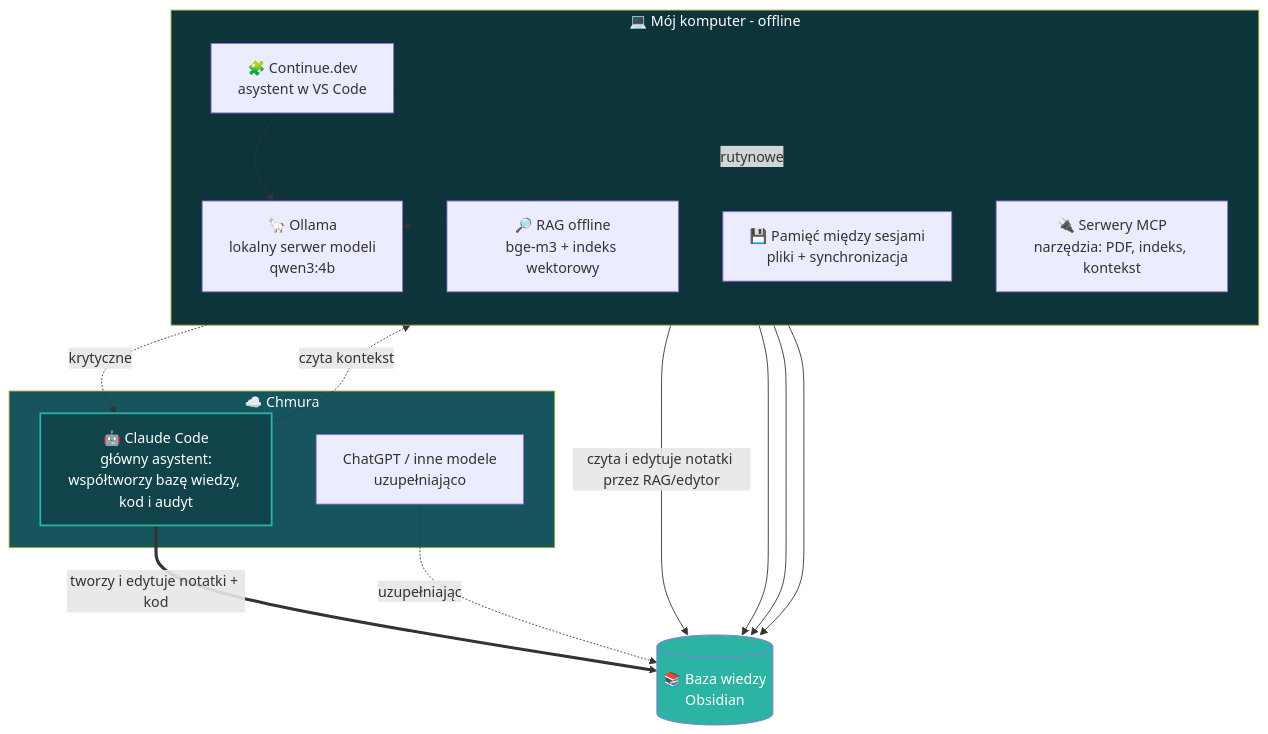
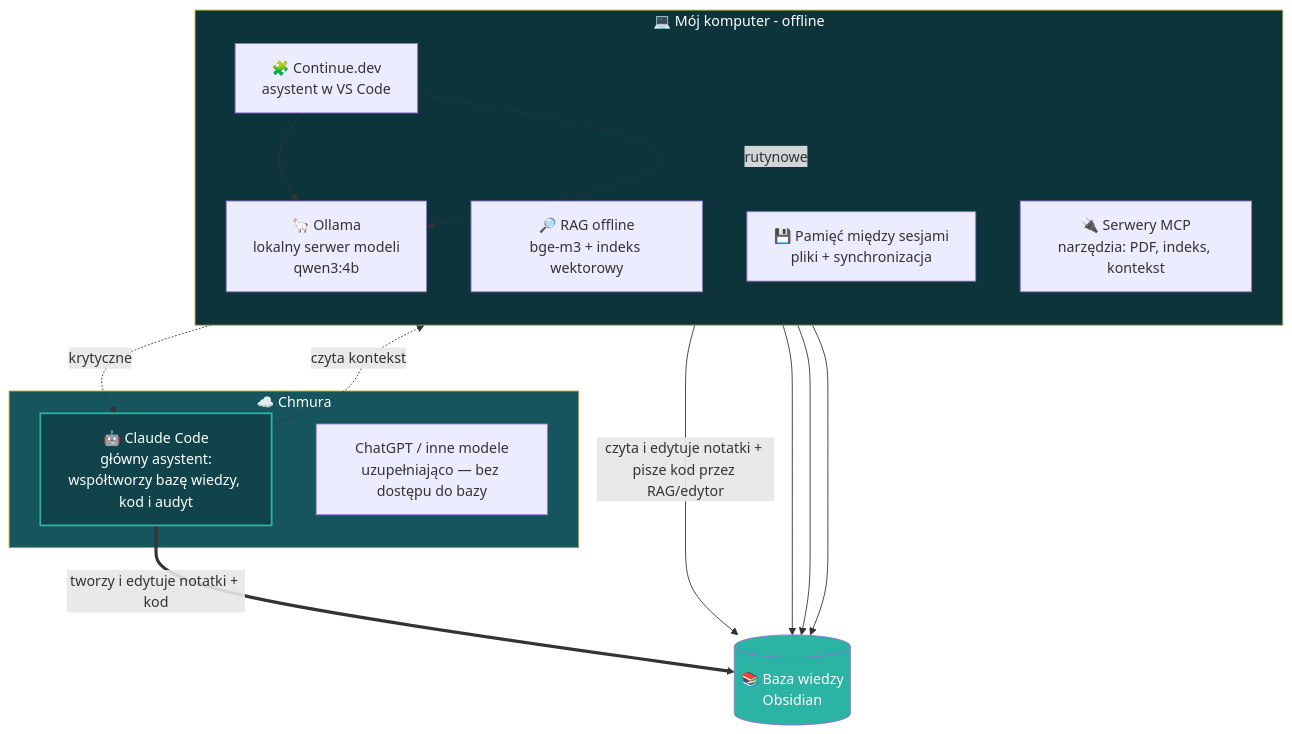
Before and after one commit to 33macioch33/portfolio: the diagram in docs/ai-stack.md, drawn with Mermaid. The commit also changed other lines of this file, not shown here.

Commit message:
Diagram: odepnij ChatGPT od bazy wiedzy; lokalne modele też piszą kod

````diff
--- a/docs/ai-stack.md
+++ b/docs/ai-stack.md
@@ -10,34 +10,33 @@
 ```mermaid
 flowchart TB
     subgraph CLOUD[☁️ Chmura]
         CLAUDE[🤖 Claude Code<br/>główny asystent:<br/>współtworzy bazę wiedzy, kod i audyt]
-        GPT[ChatGPT / inne modele<br/>uzupełniająco]
+        GPT[ChatGPT / inne modele<br/>uzupełniająco — bez dostępu do bazy]
     end
 
     subgraph LOCAL[💻 Mój komputer - offline]
         direction TB
         OLL[🦙 Ollama<br/>lokalny serwer modeli<br/>qwen3:4b]
         CONT[🧩 Continue.dev<br/>asystent w VS Code]
         RAG[🔎 RAG offline<br/>bge-m3 + indeks wektorowy]
         MEM[💾 Pamięć między sesjami<br/>pliki + synchronizacja]
         MCP[🔌 Serwery MCP<br/>narzędzia: PDF, indeks, kontekst]
     end
 
     VAULT[(📚 Baza wiedzy<br/>Obsidian)]
 
     CLAUDE ==>|tworzy i edytuje notatki + kod| VAULT
     CLAUDE -.->|czyta kontekst| MCP
-    GPT -.uzupełniająco.-> VAULT
     CONT --> OLL
-    OLL -->|czyta i edytuje notatki przez RAG/edytor| VAULT
+    OLL -->|czyta i edytuje notatki + pisze kod przez RAG/edytor| VAULT
     RAG --> VAULT
     MCP --> VAULT
     MEM --> VAULT
     CONT -.rutynowe.-> OLL
     CONT -.krytyczne.-> CLAUDE
 
     style CLOUD fill:#16555e,color:#fff
     style LOCAL fill:#0d343a,color:#fff
     style VAULT fill:#2bb3a3,color:#fff
     style CLAUDE fill:#11434b,color:#fff,stroke:#2bb3a3,stroke-width:2px
 ```
````
